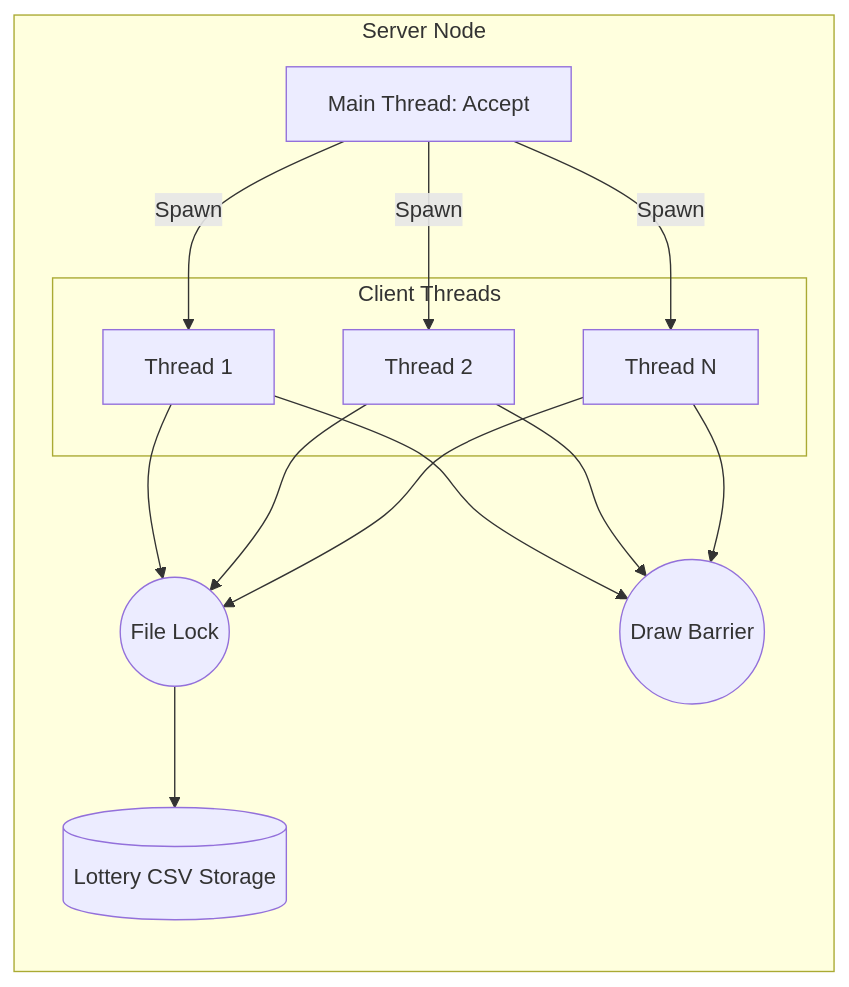
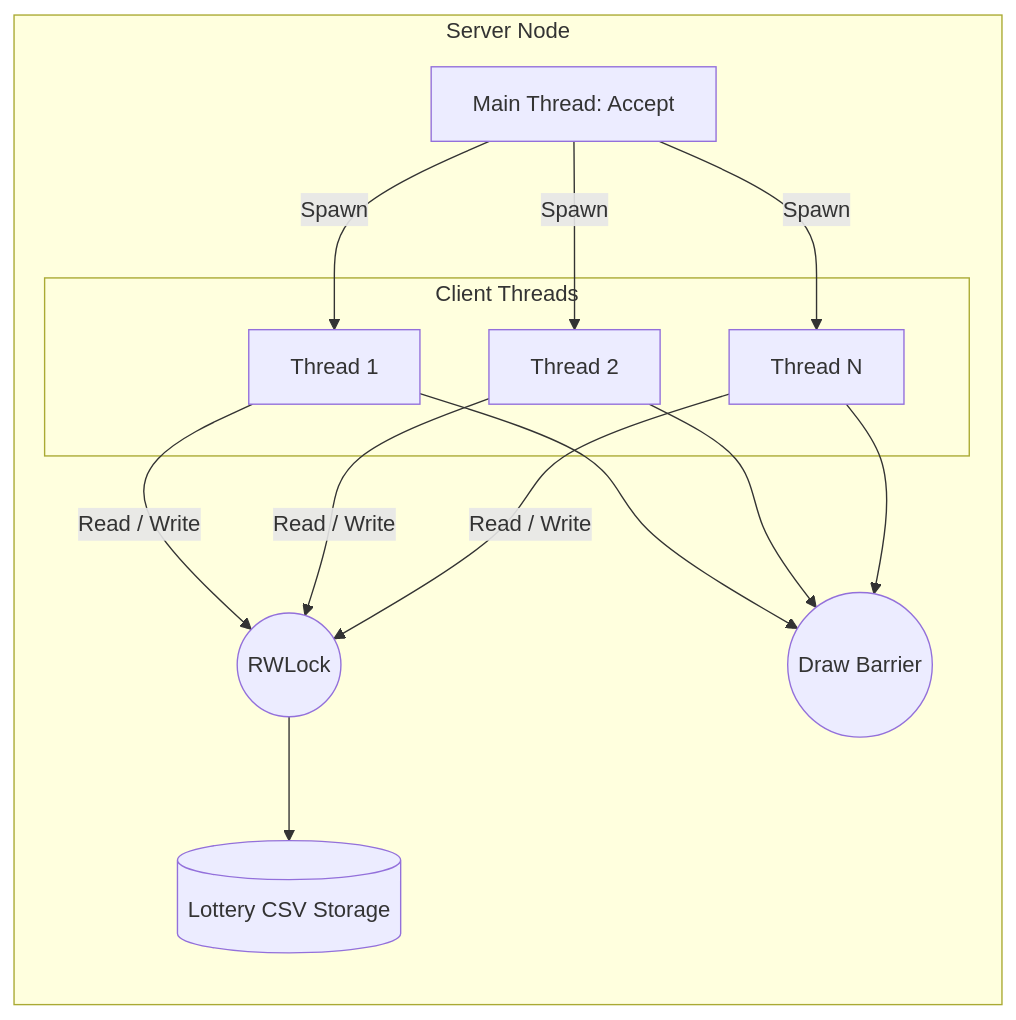
Before and after one commit to tompivel/sd_tp0_nivelador: the first of 3 diagrams in INFORME.md, drawn with Mermaid. The commit also changed other lines of this file, not shown here.

````diff
--- a/INFORME.md
+++ b/INFORME.md
@@ -4,31 +4,31 @@
 ```mermaid
 graph TD
     subgraph Server Node
         direction TB
         Main[Main Thread: Accept]
         
         subgraph Client Threads
             T1[Thread 1]
             T2[Thread 2]
             TN[Thread N]
         end
         
         Main -->|Spawn| T1
         Main -->|Spawn| T2
         Main -->|Spawn| TN
         
-        Lock((File Lock))
+        RWLock((RWLock))
         Barrier((Draw Barrier))
         Storage[(Lottery CSV Storage)]
         
-        T1 --> Lock
-        T2 --> Lock
-        TN --> Lock
+        T1 -->|Read / Write| RWLock
+        T2 -->|Read / Write| RWLock
+        TN -->|Read / Write| RWLock
         
-        Lock --> Storage
+        RWLock --> Storage
         
         T1 --> Barrier
         T2 --> Barrier
         TN --> Barrier
     end
 ```
````
